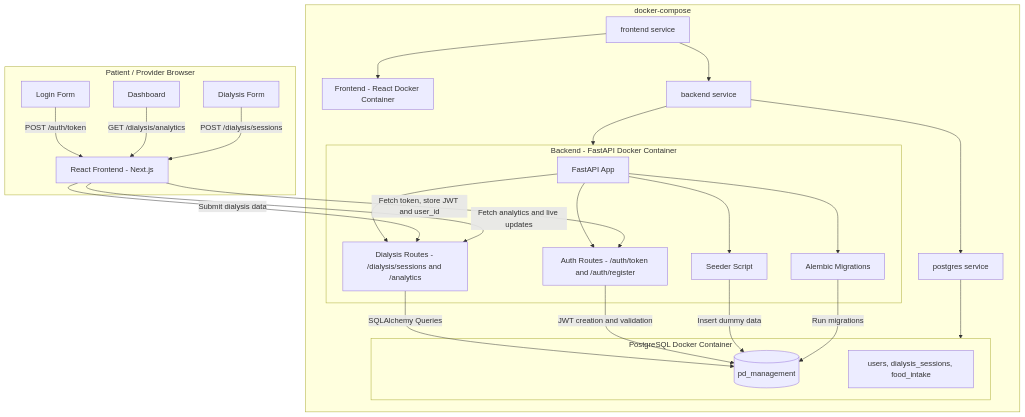
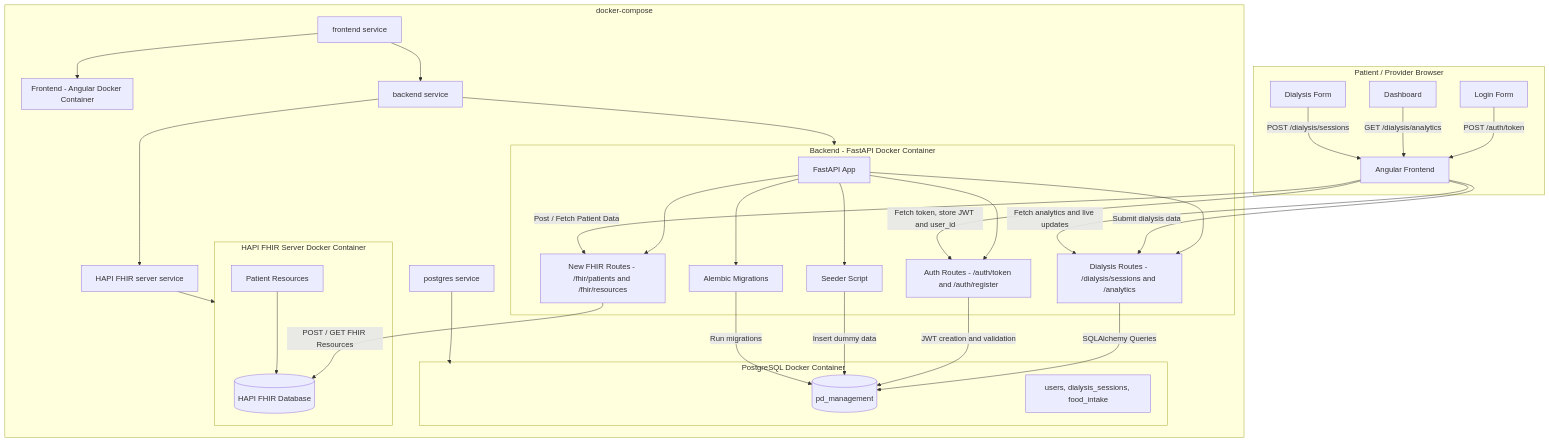
The diagram in README.md (therickybobbeh/dialysisApp), drawn with Mermaid before and after one commit. The commit also changed other lines of this file and 23 other files, not shown here.

Commit message:
updated Readme and Arch flow diagram

````diff
--- a/README.md
+++ b/README.md
@@ -137,66 +149,82 @@
 ```mermaid
 
 flowchart TD
 
     %% CLIENT SIDE
     subgraph ClientBrowser["Patient / Provider Browser"]
         LoginForm[Login Form]
         Dashboard[Dashboard]
         DialysisForm[Dialysis Form]
-        UI[React Frontend - Next.js]
+        UI[Angular Frontend]
 
         LoginForm -->|POST /auth/token| UI
         Dashboard -->|GET /dialysis/analytics| UI
         DialysisForm -->|POST /dialysis/sessions| UI
     end
 
     %% FRONTEND CONTAINER
-    subgraph Frontend["Frontend - React Docker Container"]
+    subgraph Frontend["Frontend - Angular Docker Container"]
         UI
     end
 
     %% BACKEND CONTAINER
     subgraph Backend["Backend - FastAPI Docker Container"]
         API[FastAPI App]
         Auth[Auth Routes - /auth/token and /auth/register]
         Dialysis[Dialysis Routes - /dialysis/sessions and /analytics]
+        FHIR[New FHIR Routes - /fhir/patients and /fhir/resources]
         Seeder[Seeder Script]
         Alembic[Alembic Migrations]
 
         API --> Auth
         API --> Dialysis
+        API --> FHIR
         API --> Seeder
         API --> Alembic
     end
 
     %% DATABASE CONTAINER
     subgraph Database["PostgreSQL Docker Container"]
         DB[(pd_management)]
         Tables[users, dialysis_sessions, food_intake]
     end
 
+    %% FHIR SERVER CONTAINER
+    subgraph FHIRServer["HAPI FHIR Server Docker Container"]
+        HappiFHIR[(HAPI FHIR Database)]
+        PatientResource[Patient Resources]
+    end
+
     %% CONNECTIONS
     UI -->|Fetch token, store JWT and user_id| Auth
     UI -->|Submit dialysis data| Dialysis
     UI -->|Fetch analytics and live updates| Dialysis
+    UI -->|Post / Fetch Patient Data| FHIR
+
     Dialysis -->|SQLAlchemy Queries| DB
     Auth -->|JWT creation and validation| DB
     Seeder -->|Insert dummy data| DB
     Alembic -->|Run migrations| DB
+
+    FHIR -->|POST / GET FHIR Resources| HappiFHIR
+    PatientResource --> HappiFHIR
 
     %% DOCKER COMPOSE
     subgraph DockerCompose["docker-compose"]
         frontendService[frontend service]
         backendService[backend service]
         dbService[postgres service]
+        fhirService[HAPI FHIR server service]
 
         frontendService --> Frontend
         backendService --> Backend
         dbService --> Database
+        fhirService --> FHIRServer
 
         frontendService --> backendService
-        backendService --> dbService
+        backendService --> fhirService
     end
 
 
+
 ```
````
